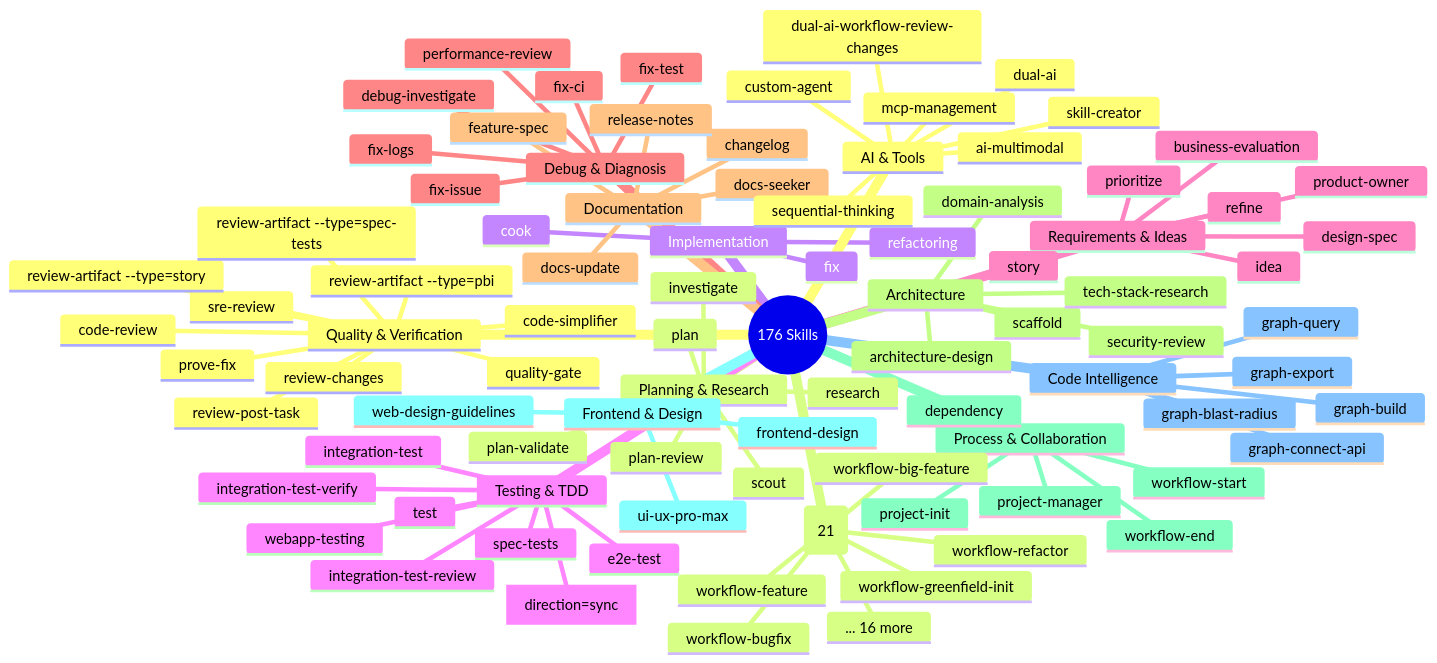
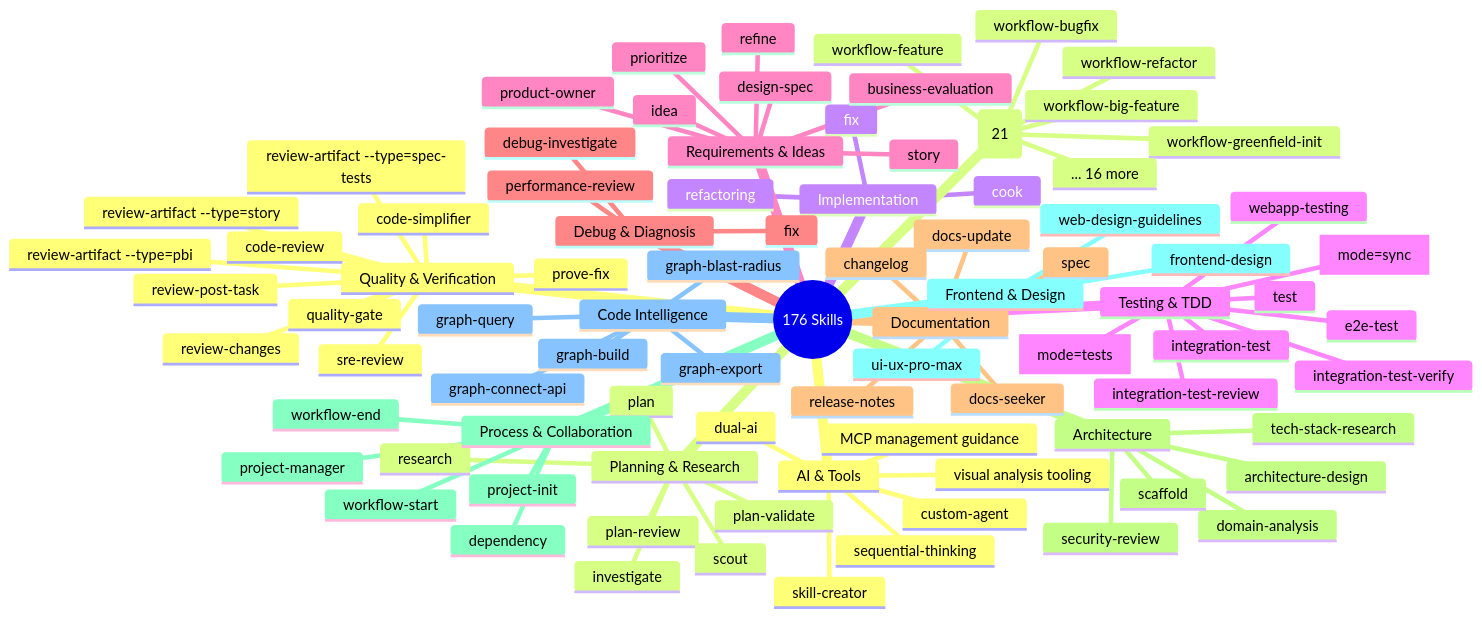
The fifth of 20 diagrams in .claude/docs/claude-ai-agent-framework-guide.md (duc01226/easy-claude), drawn with Mermaid before and after one commit. The commit also changed other lines of this file and 645 other files, not shown here.

```diff
--- a/.claude/docs/claude-ai-agent-framework-guide.md
+++ b/.claude/docs/claude-ai-agent-framework-guide.md
@@ -507,12 +507,12 @@
       fix
       refactoring
     Testing & TDD
-      spec-tests
+      spec [mode=tests]
       integration-test
       integration-test-review
       integration-test-verify
       e2e-test
-      spec-tests [direction=sync]
+      spec [mode=sync]
       test
       webapp-testing
     Requirements & Ideas
@@ -525,13 +525,10 @@
       design-spec
     Debug & Diagnosis
       debug-investigate
-      fix-issue
-      fix-ci
-      fix-test
-      fix-logs
+      fix
       performance-review
     Documentation
-      feature-spec
+      spec
       docs-update
       changelog
       release-notes
@@ -560,12 +557,11 @@
       graph-connect-api
     AI & Tools
       sequential-thinking
-      ai-multimodal
+      visual analysis tooling
       custom-agent
-      mcp-management
+      MCP management guidance
       skill-creator
       dual-ai
-      dual-ai-workflow-review-changes
     Workflow Triggers (21)
       workflow-feature
       workflow-big-feature
```
